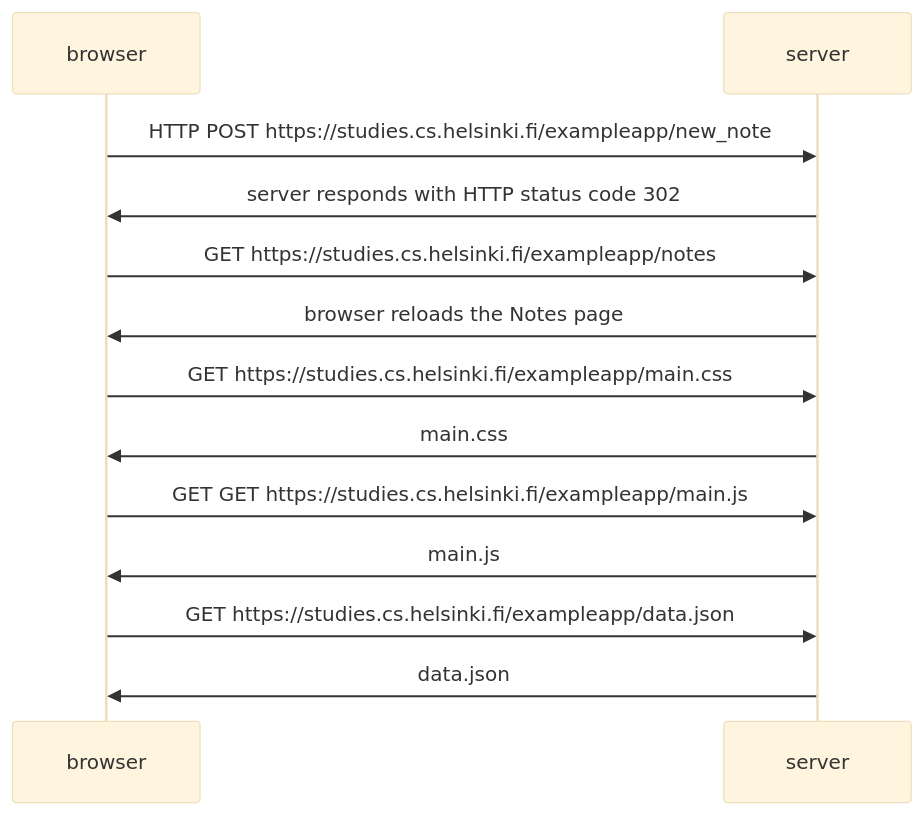
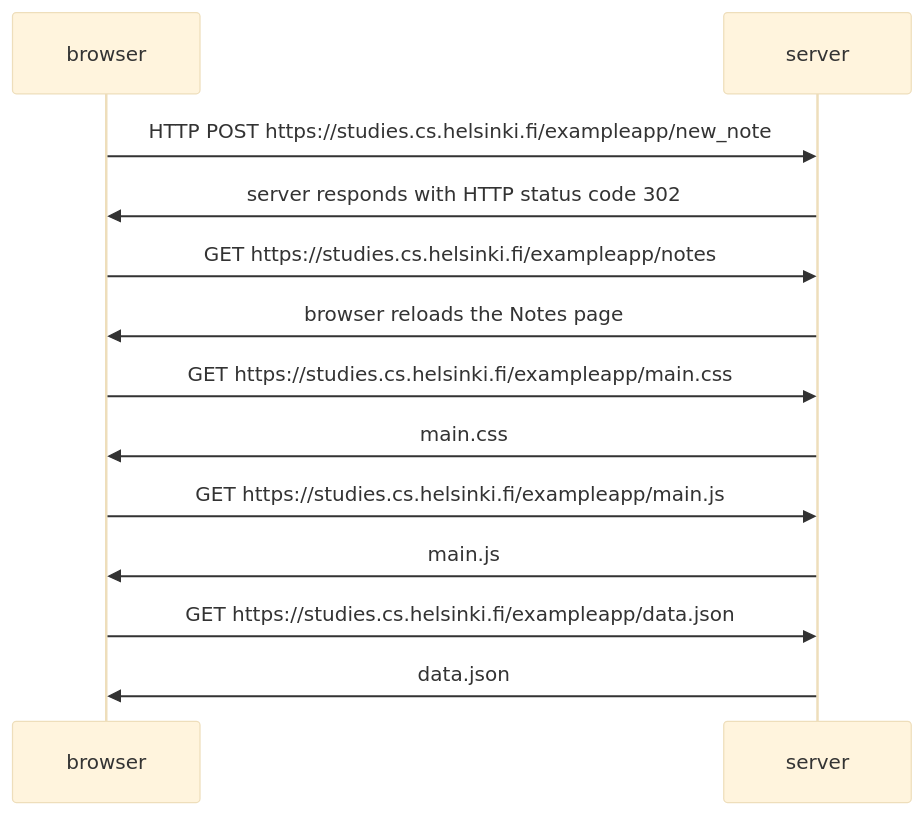
The diagram in part0/exe0_4_NewNote.md (andre9277/fullstack-Exercises), drawn with Mermaid (base theme) before and after one commit. The commit also changed 1 other file, not shown here.

Commit message:
Done_exe05

````diff
--- a/part0/exe0_4_NewNote.md
+++ b/part0/exe0_4_NewNote.md
@@ -1,16 +1,16 @@
 ```mermaid
 sequenceDiagram
     participant browser
     participant server
 
     browser->>server: HTTP POST https://studies.cs.helsinki.fi/exampleapp/new_note
     server->>browser: server responds with HTTP status code 302
     browser->>server: GET https://studies.cs.helsinki.fi/exampleapp/notes
     server->>browser: browser reloads the Notes page
     browser->>server: GET https://studies.cs.helsinki.fi/exampleapp/main.css
     server->>browser: main.css
-    browser->>server: GET GET https://studies.cs.helsinki.fi/exampleapp/main.js
+    browser->>server: GET https://studies.cs.helsinki.fi/exampleapp/main.js
     server->>browser: main.js
     browser->>server: GET https://studies.cs.helsinki.fi/exampleapp/data.json
     server->>browser: data.json
 ```
````
